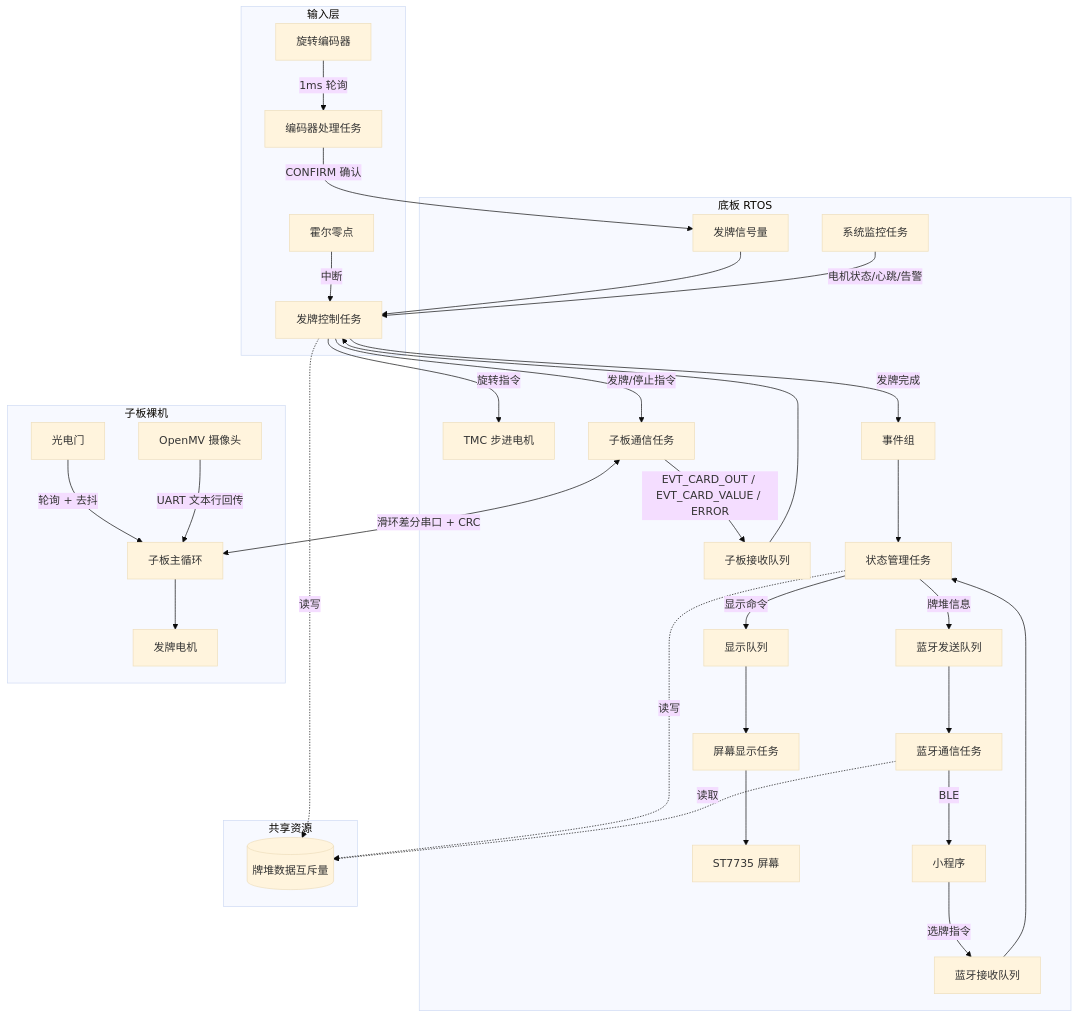
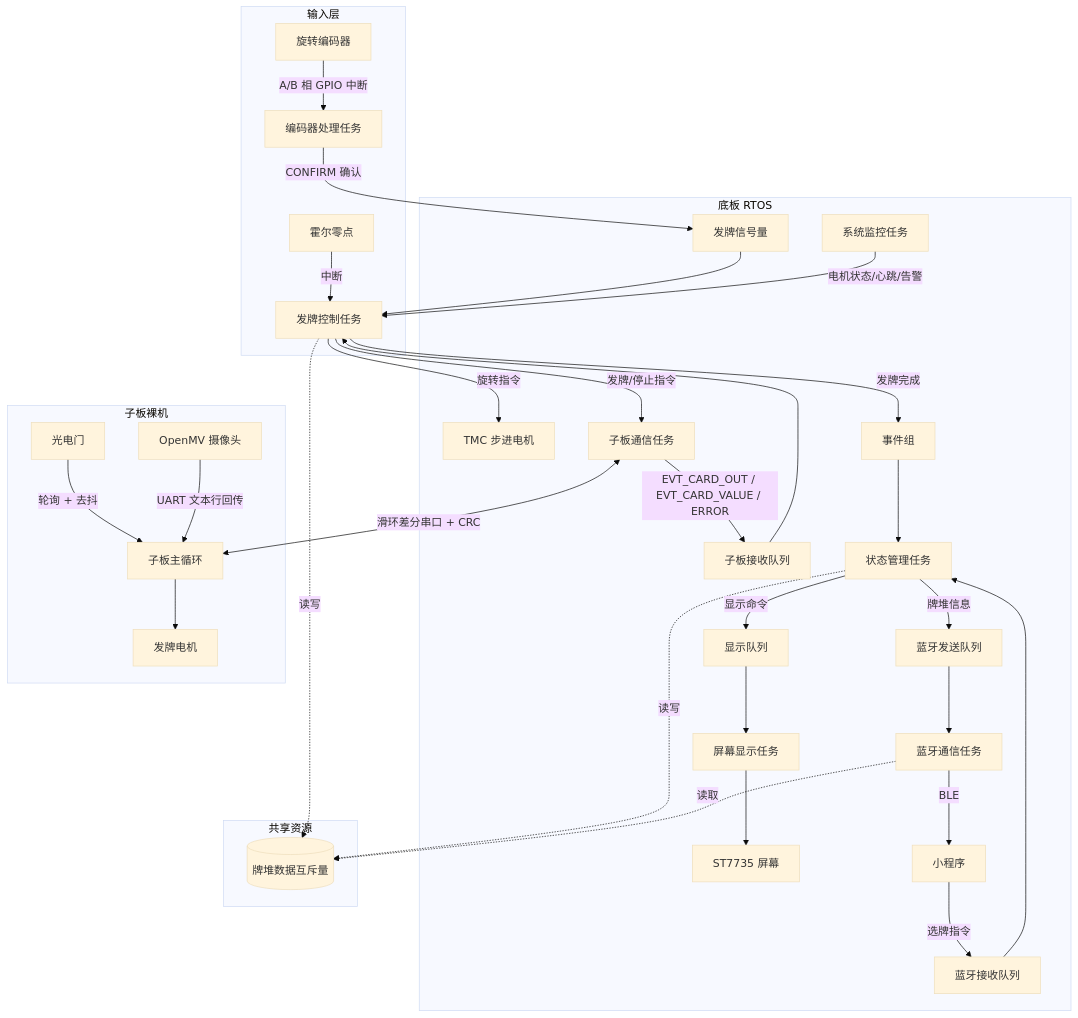
One commit to psh25/Poker changed the second of 2 diagrams in docs/architecture_v2.md. Above: the diagram before and after it, drawn with Mermaid (base theme). The commit also changed other lines of this file and 22 other files, not shown here.

````diff
--- a/docs/architecture_v2.md
+++ b/docs/architecture_v2.md
@@ -289,41 +324,41 @@
 ```mermaid
 flowchart TD
     subgraph 输入层
-        Enc[旋转编码器] -->|1ms 轮询| EncTask[编码器处理任务]
+        Enc[旋转编码器] -->|A/B 相 GPIO 中断| EncTask[编码器处理任务]
         Hall[霍尔零点] -->|中断| DealTask
     end
 
     subgraph 底板 RTOS
         EncTask -->|CONFIRM 确认| DealSem[发牌信号量]
         DealSem --> DealTask[发牌控制任务]
         DealTask -->|旋转指令| Motor[TMC 步进电机]
         DealTask -->|发牌/停止指令| SubComm[子板通信任务]
         SubComm -->|EVT_CARD_OUT / EVT_CARD_VALUE / ERROR| SubQ[子板接收队列]
         SubQ --> DealTask
         DealTask -->|发牌完成| StateEvt[事件组]
         StateEvt --> StateMgr[状态管理任务]
         StateMgr -->|显示命令| DispQ[显示队列]
         DispQ --> DispTask[屏幕显示任务]
         DispTask --> Screen[ST7735 屏幕]
         StateMgr -->|牌堆信息| BTTxQ[蓝牙发送队列]
         BTTxQ --> BTTask[蓝牙通信任务]
         BTTask -->|BLE| Phone[小程序]
         Phone -->|选牌指令| BTRxQ[蓝牙接收队列]
         BTRxQ --> StateMgr
         Mon[系统监控任务] -->|电机状态/心跳/告警| DealTask
     end
 
     subgraph 子板裸机
         SubComm <-->|滑环差分串口 + CRC| SubLoop[子板主循环]
         SubLoop --> SubMotor[发牌电机]
         Photo[光电门] -->|轮询 + 去抖| SubLoop
         Cam[OpenMV 摄像头] -->|UART 文本行回传| SubLoop
     end
 
     subgraph 共享资源
         Mutex[(牌堆数据互斥量)]
         StateMgr -.->|读写| Mutex
         DealTask -.->|读写| Mutex
         BTTask -.->|读取| Mutex
     end
 ```
````
